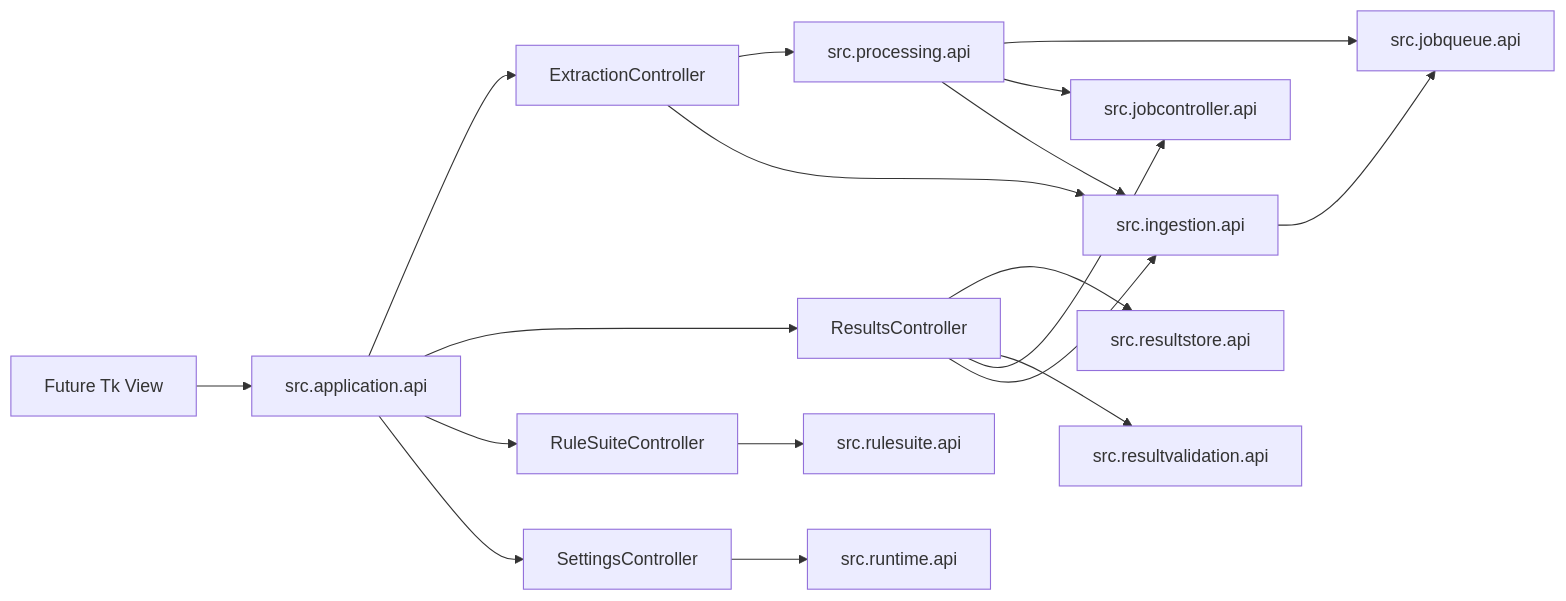
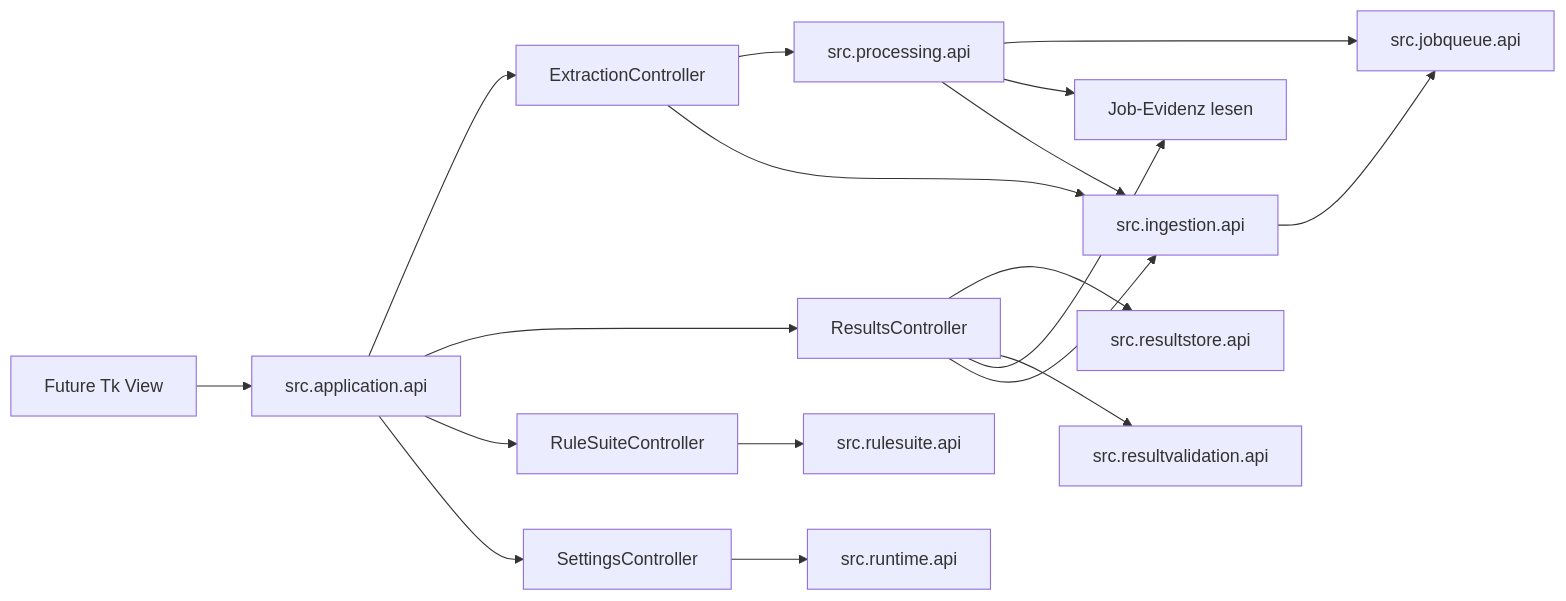
Before and after one commit to layzieshin/AnalyzerExtractorV2: the second of 2 diagrams in docs/ARCHITECTURE.md, drawn with Mermaid. The commit also changed other lines of this file and 101 other files, not shown here.

````diff
--- a/docs/ARCHITECTURE.md
+++ b/docs/ARCHITECTURE.md
@@ -80,20 +332,20 @@
 ```mermaid
 flowchart LR
   View[Future Tk View] --> AppAPI[src.application.api]
   AppAPI --> Extraction[ExtractionController]
   AppAPI --> Results[ResultsController]
   AppAPI --> Rules[RuleSuiteController]
   AppAPI --> Settings[SettingsController]
   Extraction --> ProcessingAPI[src.processing.api]
   Extraction --> IngestionAPI[src.ingestion.api]
   ProcessingAPI --> JobQueue[src.jobqueue.api]
   ProcessingAPI --> JobController[src.jobcontroller.api]
   ProcessingAPI --> IngestionAPI
   Results --> ResultStore[src.resultstore.api]
   Results --> ResultValidation[src.resultvalidation.api]
-  Results --> JobController
+  Results --> JobController[Job-Evidenz lesen]
   Results --> IngestionAPI
   IngestionAPI --> JobQueue
   Rules --> RuleSuite[src.rulesuite.api]
   Settings --> Runtime[src.runtime.api]
 ```
````
